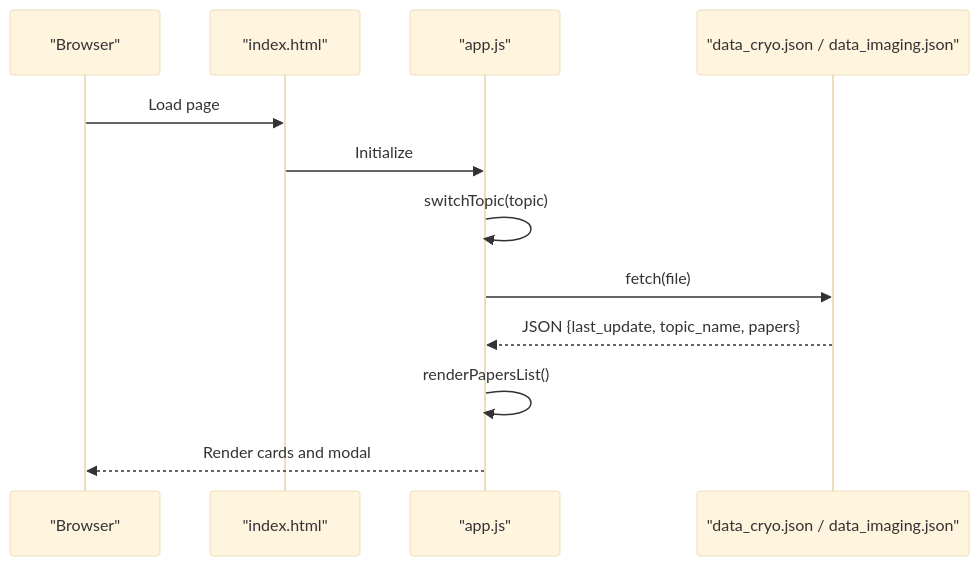
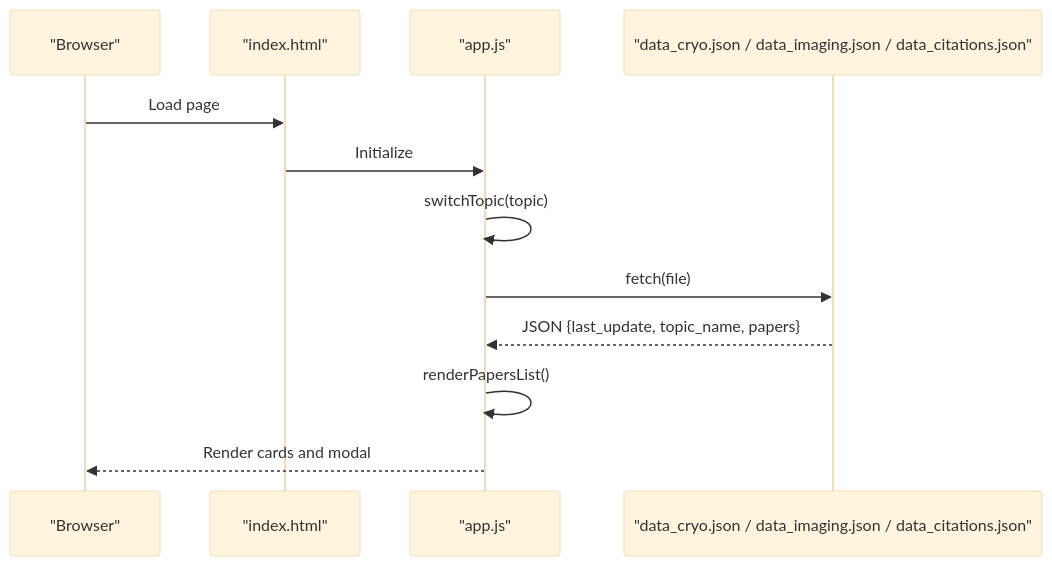
Diagram 19 of 20 in .qoder/repowiki/en/content/Core Components/Paper Collection Engine.md (junxie01/cryoseismology_papers), drawn with Mermaid (base theme) before and after one commit. The commit also changed other lines of this file and 12 other files, not shown here.

````diff
--- a/.qoder/repowiki/en/content/Core Components/Paper Collection Engine.md
+++ b/.qoder/repowiki/en/content/Core Components/Paper Collection Engine.md
@@ -418,14 +612,14 @@
 ```mermaid
 sequenceDiagram
 participant Browser as "Browser"
 participant Index as "index.html"
 participant App as "app.js"
-participant Data as "data_cryo.json / data_imaging.json"
+participant Data as "data_cryo.json / data_imaging.json / data_citations.json"
 Browser->>Index : Load page
 Index->>App : Initialize
 App->>App : switchTopic(topic)
 App->>Data : fetch(file)
 Data-->>App : JSON {last_update, topic_name, papers}
 App->>App : renderPapersList()
 App-->>Browser : Render cards and modal
 ```
````
